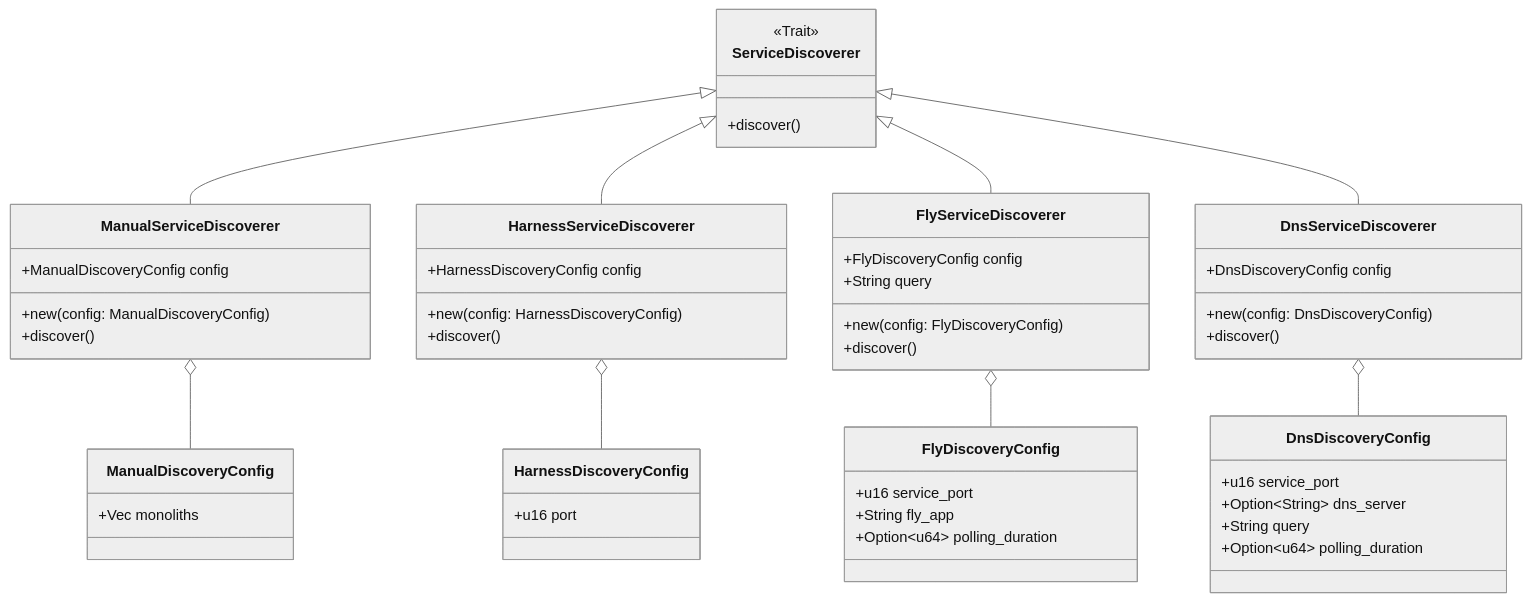
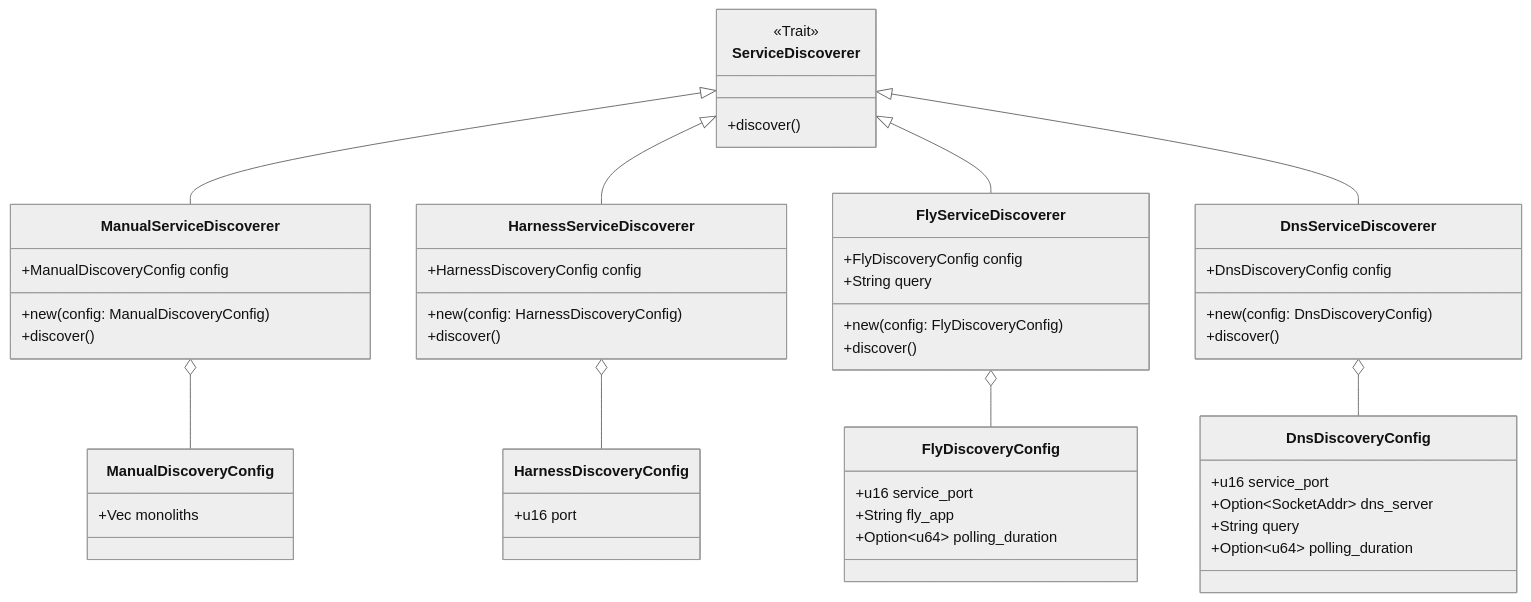
One commit to dyc3/senior-design changed the diagram in figures/discovery/service-discoverers.mmd. Above: the diagram before and after it, drawn with Mermaid (neutral theme). The commit also changed 1 other file, not shown here.

Commit message:
update type of dns_config in service-discoverers (#331)
Fixes #326

```diff
--- a/figures/discovery/service-discoverers.mmd
+++ b/figures/discovery/service-discoverers.mmd
@@ -1,48 +1,48 @@
 classDiagram
     direction BT
     class ServiceDiscoverer {
         <<Trait>>
         +discover()
     }
     ManualServiceDiscoverer --|> ServiceDiscoverer
     HarnessServiceDiscoverer --|> ServiceDiscoverer
     FlyServiceDiscoverer --|> ServiceDiscoverer
     DnsServiceDiscoverer --|> ServiceDiscoverer
 
     DnsDiscoveryConfig --o DnsServiceDiscoverer
     DnsDiscoveryConfig : +u16 service_port
-    DnsDiscoveryConfig : +Option~String~ dns_server
+    DnsDiscoveryConfig : +Option~SocketAddr~ dns_server
     DnsDiscoveryConfig : +String query
     DnsDiscoveryConfig : +Option~u64~ polling_duration
     class DnsServiceDiscoverer{
         +DnsDiscoveryConfig config
         +new(config: DnsDiscoveryConfig)
         +discover()
     }
 
     FlyDiscoveryConfig --o FlyServiceDiscoverer
     FlyDiscoveryConfig : +u16 service_port
     FlyDiscoveryConfig : +String fly_app
     FlyDiscoveryConfig : +Option~u64~ polling_duration
     class FlyServiceDiscoverer{
         +FlyDiscoveryConfig config
         +String query
         +new(config: FlyDiscoveryConfig)
         +discover()
     }
 
     ManualDiscoveryConfig --o ManualServiceDiscoverer
     ManualDiscoveryConfig : +Vec monoliths
     class ManualServiceDiscoverer{
         +ManualDiscoveryConfig config
         +new(config: ManualDiscoveryConfig)
         +discover()
     }
 
     HarnessDiscoveryConfig --o HarnessServiceDiscoverer
     HarnessDiscoveryConfig : +u16 port
     class HarnessServiceDiscoverer{
         +HarnessDiscoveryConfig config
         +new(config: HarnessDiscoveryConfig)
         +discover()
     }
```
